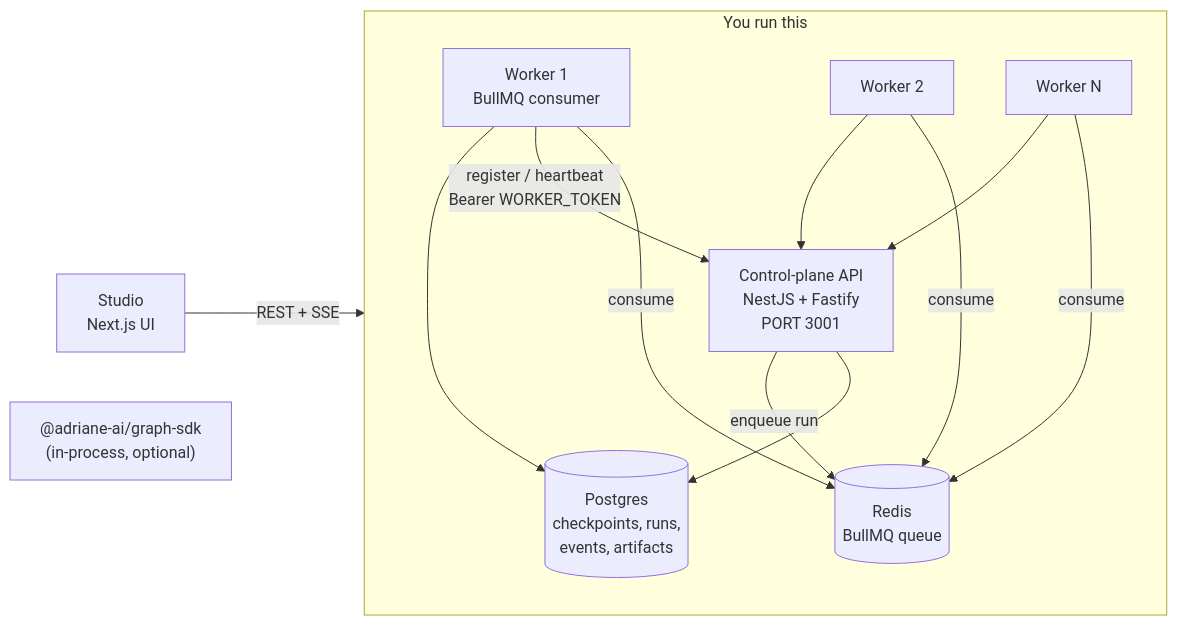
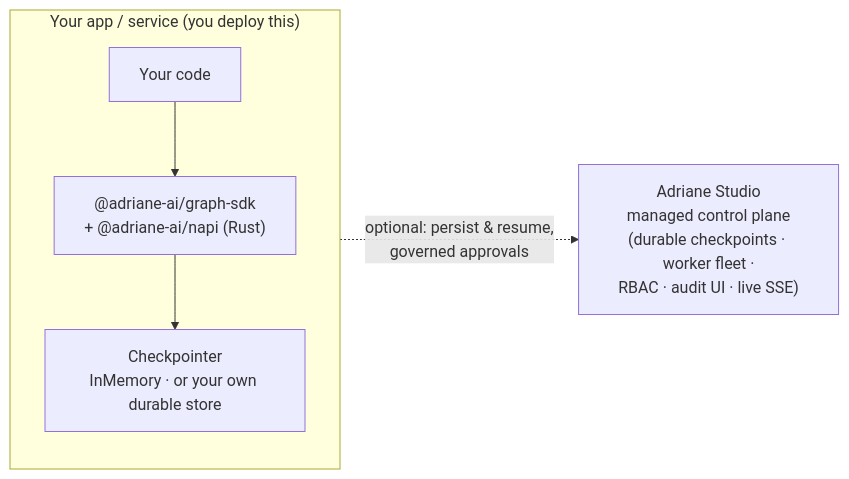
Before and after one commit to prxmat/adriane-engine: the diagram in docs-site/docs/production/deployment.md, drawn with Mermaid. The commit also changed other lines of this file and 15 other files, not shown here.

````diff
--- a/docs-site/docs/production/deployment.md
+++ b/docs-site/docs/production/deployment.md
@@ -26,25 +137,15 @@
 ```mermaid
 flowchart LR
-  subgraph yours["You run this"]
+  subgraph yourapp["Your app / service (you deploy this)"]
     direction TB
-    pg[("Postgres\ncheckpoints, runs,\nevents, artifacts")]
-    redis[("Redis\nBullMQ queue")]
-    api["Control-plane API\nNestJS + Fastify\nPORT 3001"]
-    w1["Worker 1\nBullMQ consumer"]
-    w2["Worker 2"]
-    wN["Worker N"]
+    code["Your code"]
+    sdk["@adriane-ai/graph-sdk\n+ @adriane-ai/napi (Rust)"]
+    cp["Checkpointer\nInMemory · or your own durable store"]
+    code --> sdk
+    sdk --> cp
   end
-  studio["Studio\nNext.js UI"]
-  sdk["@adriane-ai/graph-sdk\n(in-process, optional)"]
 
-  studio -->|REST + SSE| api
-  api --> pg
-  api -->|enqueue run| redis
-  w1 -->|consume| redis
-  w2 -->|consume| redis
-  wN -->|consume| redis
-  w1 -->|register / heartbeat\nBearer WORKER_TOKEN| api
-  w2 --> api
-  wN --> api
-  w1 --> pg
+  studio["Adriane Studio\nmanaged control plane\n(durable checkpoints · worker fleet ·\nRBAC · audit UI · live SSE)"]
+
+  yourapp -.->|optional: persist & resume,\ngoverned approvals| studio
 ```
````
